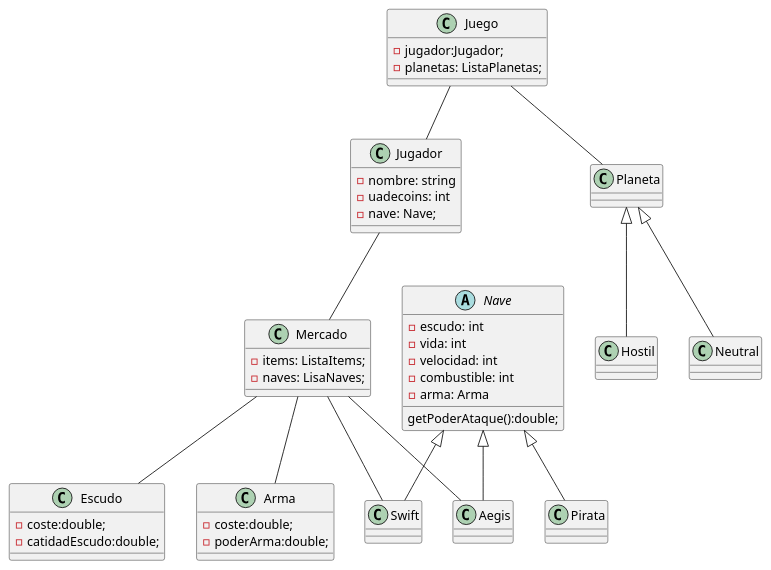
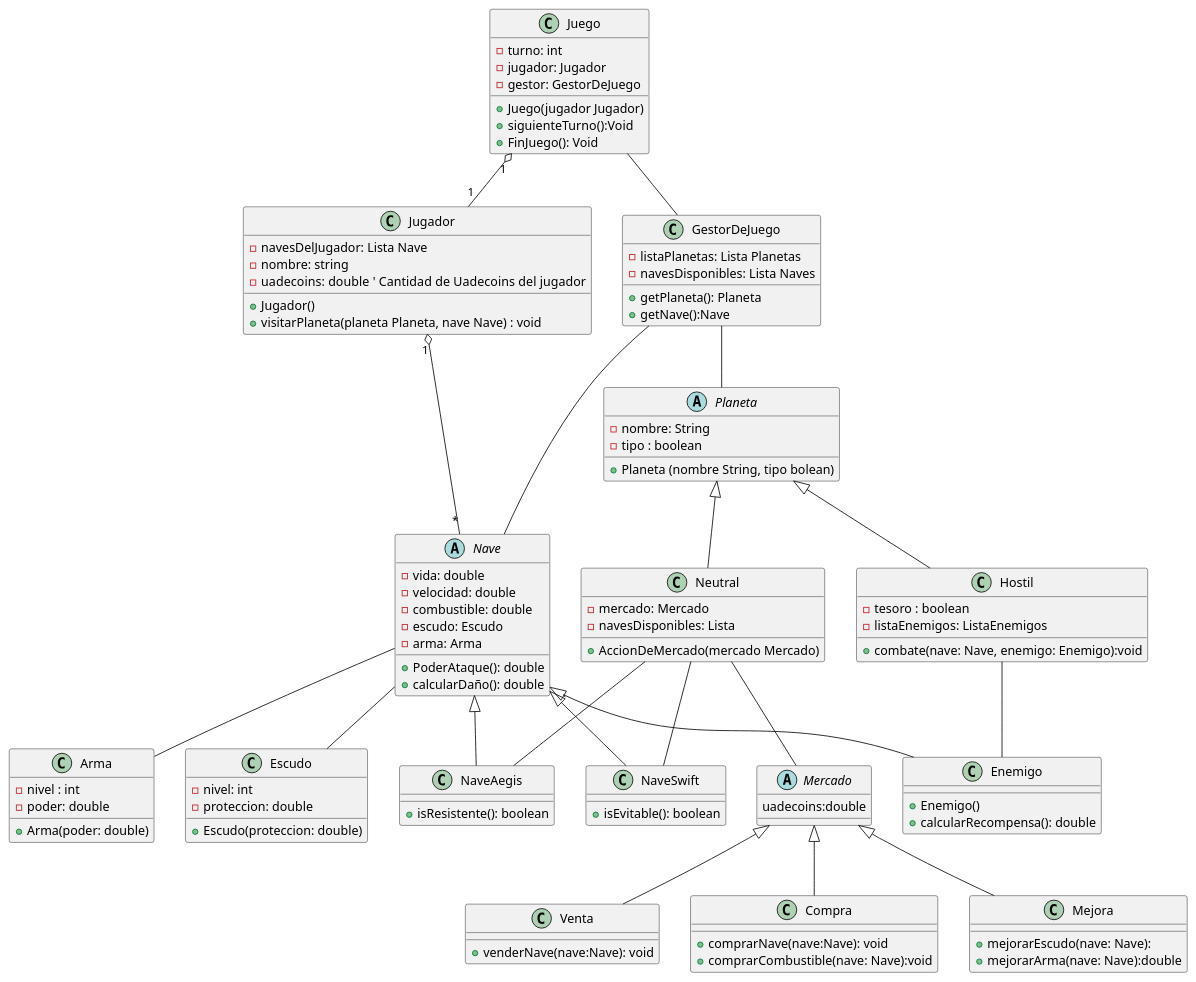
The diagram in src/TPO_classDiagram/TPO_ClassDiagram.puml (ianlio-git/LostGalaxy), drawn with PlantUML before and after one commit. The commit also changed other lines of this file and 2 other files, not shown here.

Commit message:
Diagrama de clases modificado

```diff
--- a/src/TPO_classDiagram/TPO_ClassDiagram.puml
+++ b/src/TPO_classDiagram/TPO_ClassDiagram.puml
@@ -1,68 +3,123 @@
 @startuml
-'https://plantuml.com/class-diagram
-'Relaciones'
-Juego--Jugador
-Juego--Planeta
-''
-Jugador--Mercado
-''
-Mercado--Arma
-Mercado--Escudo
-Mercado--Aegis
-Mercado--Swift
-''
-class Juego{
--jugador:Jugador;
--planetas: ListaPlanetas;
+
+'class Juego
+Juego -- GestorDeJuego
+Juego "1" o-- "1" Jugador
+
+Jugador "1" o-- "*" Nave
+GestorDeJuego -- Planeta
+GestorDeJuego -- Nave
+
+class GestorDeJuego{
+- listaPlanetas: Lista Planetas
+- navesDisponibles: Lista Naves
++ getPlaneta(): Planeta
++ getNave():Nave
+}
+class Juego {
+    - turno: int
+    - jugador: Jugador
+    - gestor: GestorDeJuego
+    + Juego(jugador Jugador)
+    + siguienteTurno():Void
+    + FinJuego(): Void
 }
 
+'class Jugador
 class Jugador {
--nombre: string
--uadecoins: int
--nave: Nave;
+    - navesDelJugador: Lista Nave
+    - nombre: string
+    - uadecoins: double  ' Cantidad de Uadecoins del jugador
+    + Jugador()
+    + visitarPlaneta(planeta Planeta, nave Nave) : void
 }
 
-class Mercado{
--items: ListaItems;
--naves: LisaNaves;
+'class Nave
+
+Nave -- Arma
+Nave -- Escudo
+
+abstract class Nave {
+    - vida: double
+    - velocidad: double
+    - combustible: double
+    - escudo: Escudo
+    - arma: Arma
+
+    + PoderAtaque(): double
+    + calcularDaño(): double
 }
-
-class Escudo {
--coste:double;
--catidadEscudo:double;
-}
-class Arma{
--coste:double;
--poderArma:double;
-}
-
-abstract class Nave{
-- escudo: int
-- vida: int
-- velocidad: int
-- combustible: int
-- arma: Arma
-getPoderAtaque():double;
+'class Arma
+class Arma {
+    - nivel : int
+    - poder: double
+    + Arma(poder: double)
 
 }
 
-class Aegis extends Nave {
+'class Escudo
+class Escudo {
+    - nivel: int
+    - proteccion: double
+    + Escudo(proteccion: double)
+}
+' Clase para Nave Aegis
+class NaveAegis extends Nave{
+    + isResistente(): boolean
+}
+
+' Clase para Nave Swift
+class NaveSwift extends Nave {
+    + isEvitable(): boolean
+}
+'class Enemigo
+class Enemigo extends Nave {
+
+    + Enemigo()
+    + calcularRecompensa(): double
+}
+
+'class Planeta
+
+Hostil -- Enemigo
+Neutral -- NaveAegis
+Neutral -- NaveSwift
+Neutral -- Mercado
+
+abstract class Planeta {
+    - nombre: String
+    - tipo : boolean
+    + Planeta (nombre String, tipo bolean)
+}
+
+'class Mercado
+class Neutral extends Planeta{
+    - mercado: Mercado
+    - navesDisponibles: Lista
+    + AccionDeMercado(mercado Mercado)
+}
+Abstract class Mercado {
+    uadecoins:double
 
 }
-class Swift extends Nave {
+class Venta extends Mercado{
+    + venderNave(nave:Nave): void
+}
+class Compra extends Mercado{
+    + comprarNave(nave:Nave): void
+    +  comprarCombustible(nave: Nave):void
+}
+class Mejora extends Mercado{
+    + mejorarEscudo(nave: Nave):
+    + mejorarArma(nave: Nave):double
+}
 
-}
-class Pirata extends Nave{
+' Subclase de Planeta: Hostil
+class Hostil extends Planeta{
+    - tesoro : boolean
+    - listaEnemigos: ListaEnemigos
+    + combate(nave: Nave, enemigo: Enemigo):void
 }
 
 
-class Planeta {
-}
-
-class Hostil extends Planeta{
-}
-
-class Neutral extends Planeta{
-}
-
 @enduml
```
